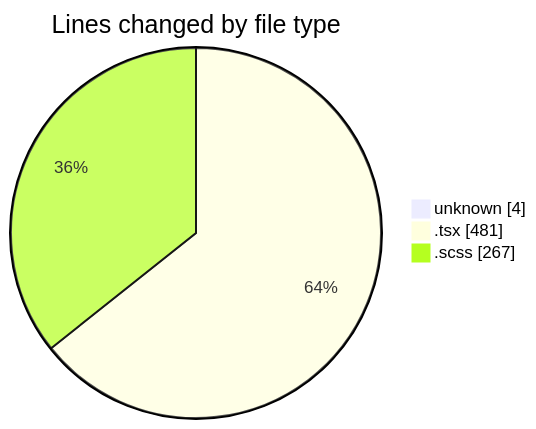
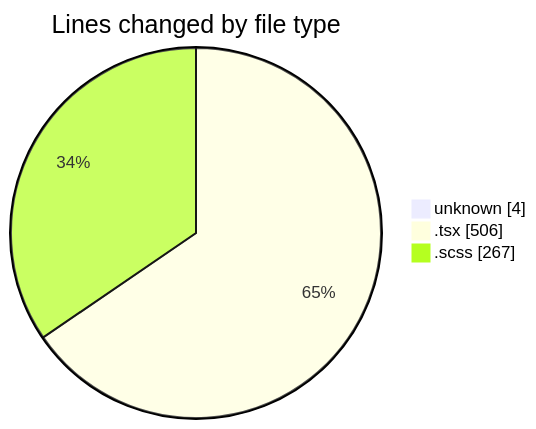
One commit to momahboobian/code-tracking changed the first of 2 diagrams in 2025-02-14/cda/README.md. Above: the diagram before and after it, drawn with Mermaid. The commit also changed other lines of this file and 1 other file, not shown here.

````diff
--- a/2025-02-14/cda/README.md
+++ b/2025-02-14/cda/README.md
@@ -23,7 +23,7 @@
 ```mermaid
 pie showData
 title Lines changed by file type
 "unknown" : 4
-".tsx" : 481
+".tsx" : 506
 ".scss" : 267
 ```
````
